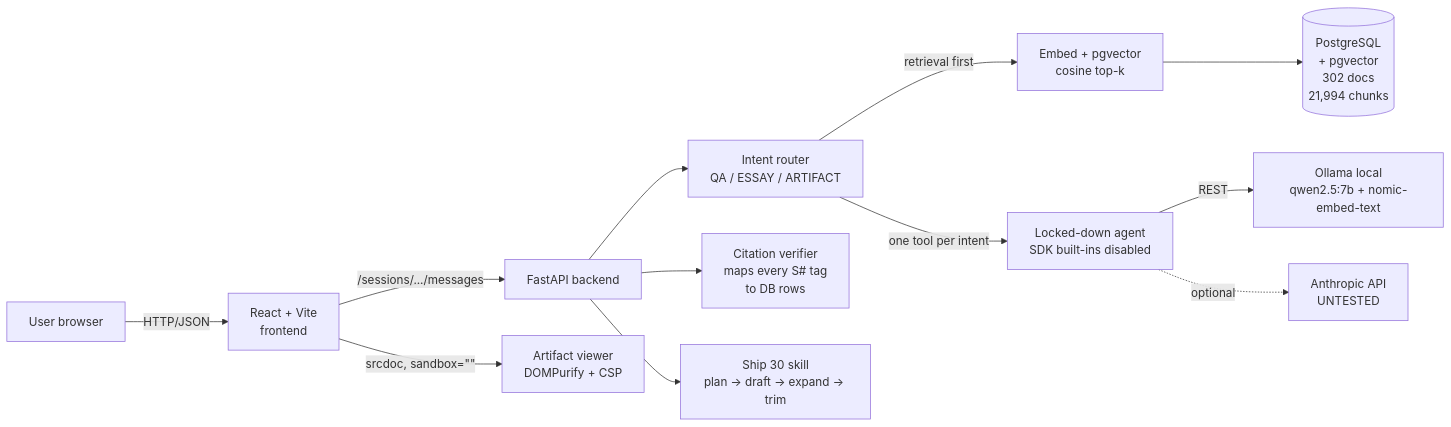
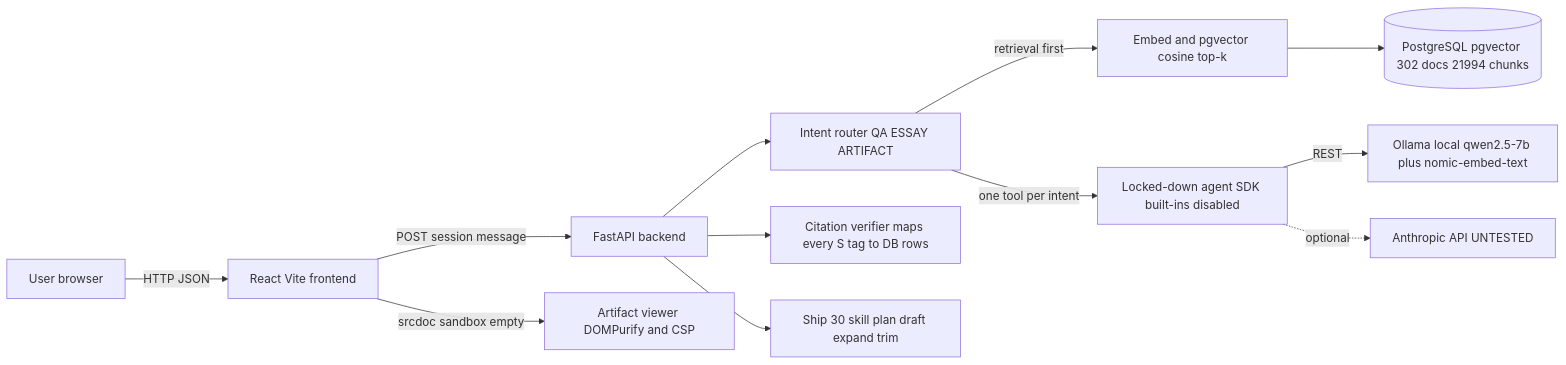
Before and after one commit to Justinvcj/lenny-assistant: the first of 2 diagrams in README.md, drawn with Mermaid. The commit also changed other lines of this file, not shown here.

First line of the commit message:
docs(readme): fix mermaid parse errors (slashes, parens, braces, dots)

````diff
--- a/README.md
+++ b/README.md
@@ -11,14 +11,14 @@
 ```mermaid
 flowchart LR
-    U[User browser] -->|HTTP/JSON| FE[React + Vite<br/>frontend]
-    FE -->|/sessions/.../messages| API[FastAPI backend]
-    API --> ROUTER[Intent router<br/>QA / ESSAY / ARTIFACT]
-    ROUTER -->|retrieval first| RAG[Embed + pgvector<br/>cosine top-k]
-    RAG --> DB[(PostgreSQL<br/>+ pgvector<br/>302 docs<br/>21,994 chunks)]
-    ROUTER -->|one tool per intent| AGENT[Locked-down agent<br/>SDK built-ins disabled]
-    AGENT -->|REST| LLM[Ollama local<br/>qwen2.5:7b + nomic-embed-text]
-    AGENT -. optional .-> ANT[Anthropic API<br/>UNTESTED]
-    API --> VERIFY[Citation verifier<br/>maps every S# tag<br/>to DB rows]
-    API --> SKILL[Ship 30 skill<br/>plan → draft → expand → trim]
-    FE -->|srcdoc, sandbox=&quot;&quot;| VIEW[Artifact viewer<br/>DOMPurify + CSP]
+    U[User browser] -->|HTTP JSON| FE[React Vite frontend]
+    FE -->|POST session message| API[FastAPI backend]
+    API --> ROUTER[Intent router QA ESSAY ARTIFACT]
+    ROUTER -->|retrieval first| RAG[Embed and pgvector cosine top-k]
+    RAG --> DB[(PostgreSQL pgvector 302 docs 21994 chunks)]
+    ROUTER -->|one tool per intent| AGENT[Locked-down agent SDK built-ins disabled]
+    AGENT -->|REST| LLM[Ollama local qwen2.5-7b plus nomic-embed-text]
+    AGENT -. optional .-> ANT[Anthropic API UNTESTED]
+    API --> VERIFY[Citation verifier maps every S tag to DB rows]
+    API --> SKILL[Ship 30 skill plan draft expand trim]
+    FE -->|srcdoc sandbox empty| VIEW[Artifact viewer DOMPurify and CSP]
 ```
````
